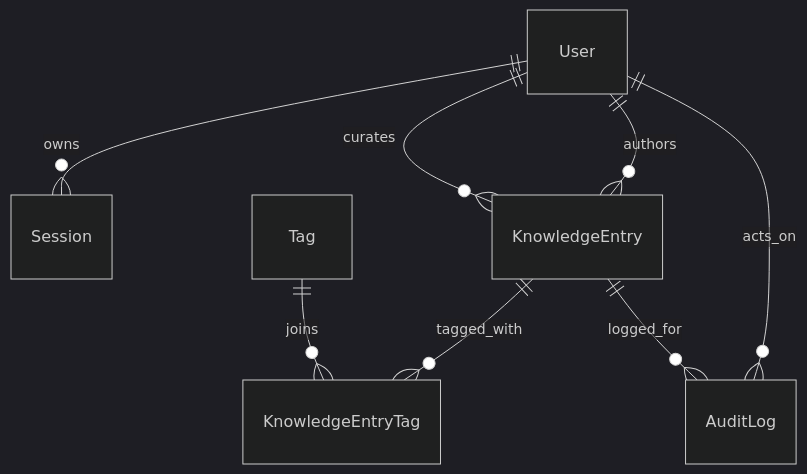
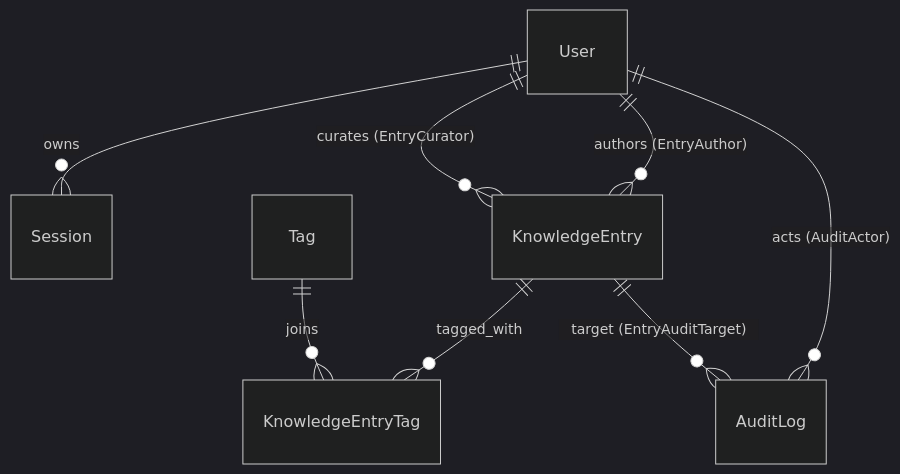
Before and after one commit to elirc/organized-experiment-ww45: the diagram in docs/architecture/domain-model.md, drawn with Mermaid (dark theme). The commit also changed other lines of this file and 10 other files, not shown here.

````diff
--- a/docs/architecture/domain-model.md
+++ b/docs/architecture/domain-model.md
@@ -3,10 +5,10 @@
 ```mermaid
 erDiagram
   User ||--o{ Session : owns
-  User ||--o{ KnowledgeEntry : authors
-  User ||--o{ KnowledgeEntry : curates
-  User ||--o{ AuditLog : acts_on
+  User ||--o{ KnowledgeEntry : "authors (EntryAuthor)"
+  User ||--o{ KnowledgeEntry : "curates (EntryCurator)"
+  User ||--o{ AuditLog : "acts (AuditActor)"
   KnowledgeEntry ||--o{ KnowledgeEntryTag : tagged_with
   Tag ||--o{ KnowledgeEntryTag : joins
-  KnowledgeEntry ||--o{ AuditLog : logged_for
+  KnowledgeEntry ||--o{ AuditLog : "target (EntryAuditTarget)"
 ```
````
